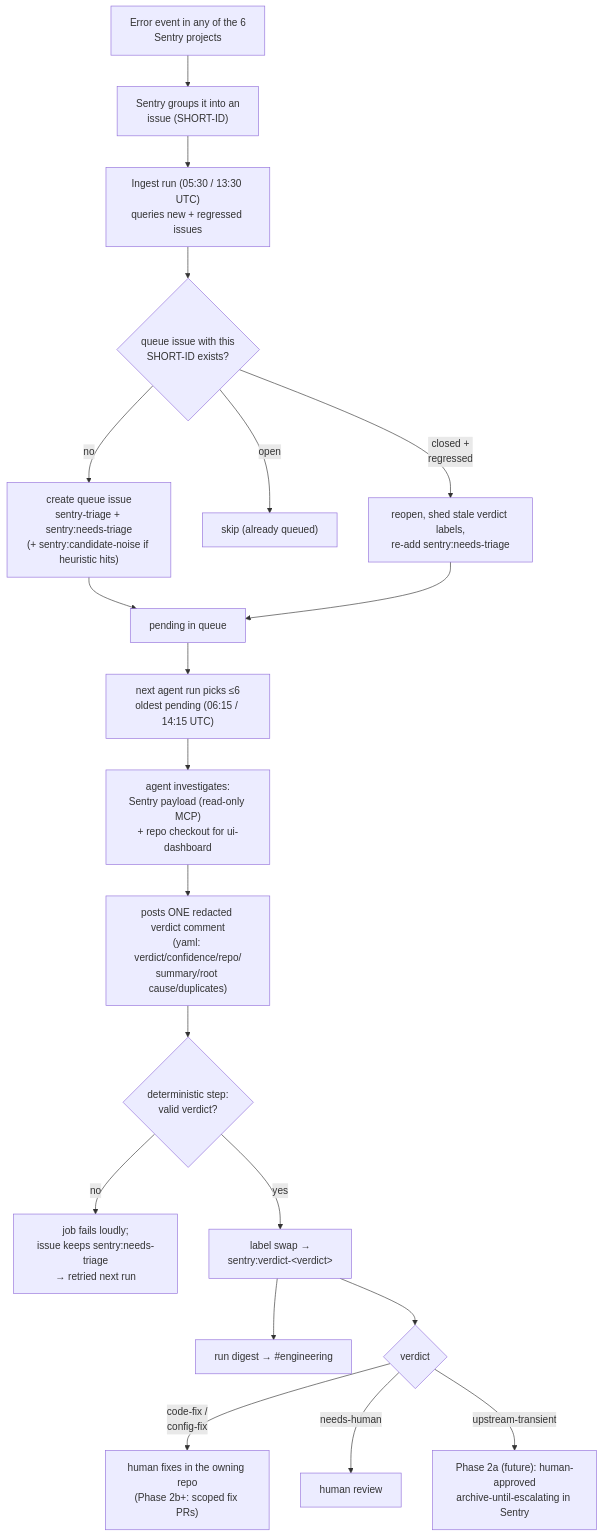
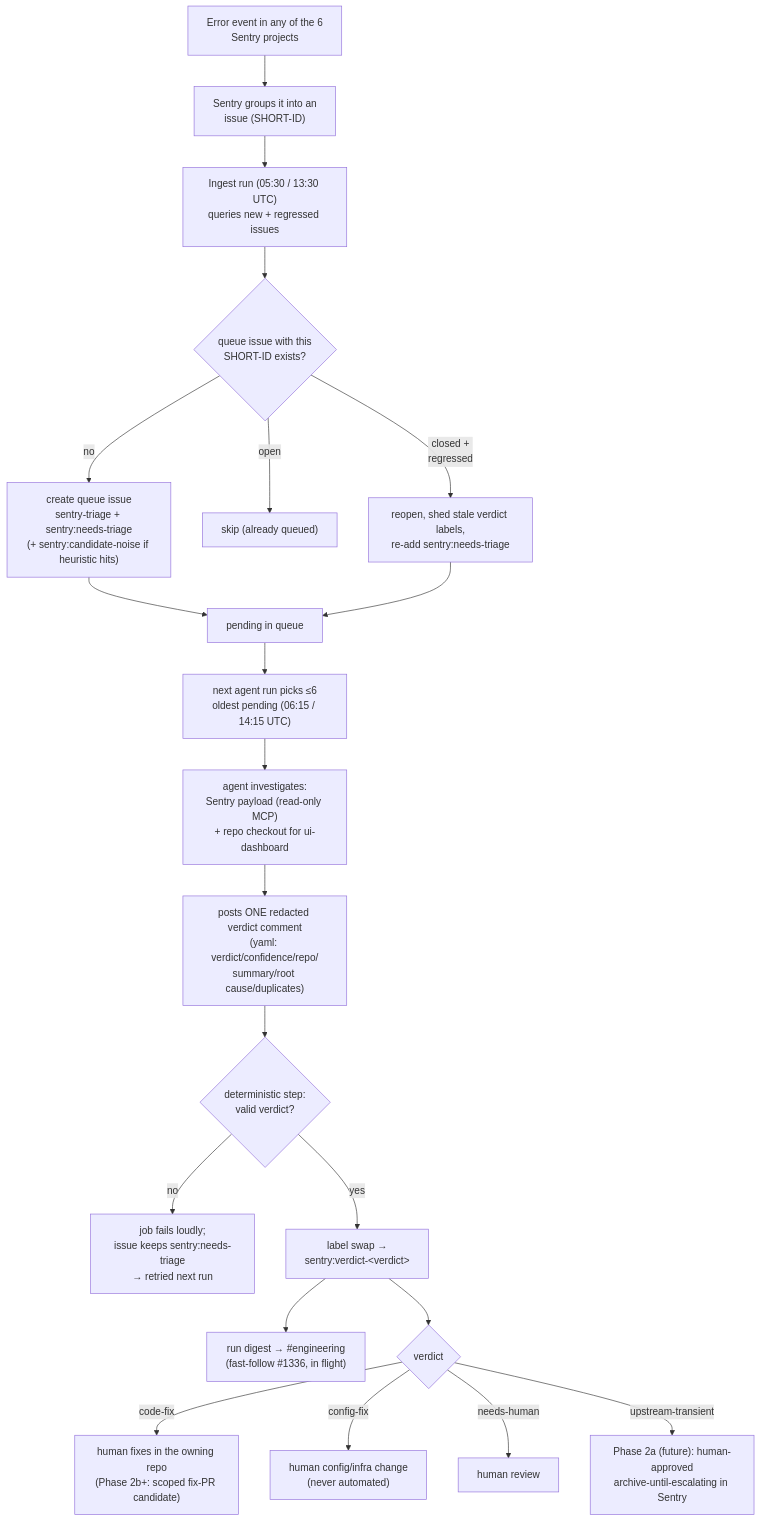
The second of 2 diagrams in docs/notes/sentry-triage-pipeline.md (mento-protocol/monitoring-monorepo), drawn with Mermaid before and after one commit. The commit also changed other lines of this file, not shown here.

Commit message:
docs: mark digest as in-flight fast-follow; split config-fix route
The digest node now names #1336 explicitly so operators don't expect a
Slack digest before it ships; the process-flow routes config-fix to a
human-only path, matching the verdict contract (only code-fix is a
Phase-2b scoped-fix-PR candidate).

Claude-Session: https://claude.ai/code/session_01CiUreX7DKuRKiHQT6HkY4z

````diff
--- a/docs/notes/sentry-triage-pipeline.md
+++ b/docs/notes/sentry-triage-pipeline.md
@@ -77,22 +77,23 @@
 ```mermaid
 flowchart TD
     EV["Error event in any of the 6<br/>Sentry projects"] --> GRP["Sentry groups it into an<br/>issue (SHORT-ID)"]
     GRP --> POLL["Ingest run (05:30 / 13:30 UTC)<br/>queries new + regressed issues"]
     POLL --> KNOWN{"queue issue with this<br/>SHORT-ID exists?"}
     KNOWN -- "no" --> CREATE["create queue issue<br/>sentry-triage + sentry:needs-triage<br/>(+ sentry:candidate-noise if heuristic hits)"]
     KNOWN -- "open" --> SKIP["skip (already queued)"]
     KNOWN -- "closed +<br/>regressed" --> REOPEN["reopen, shed stale verdict labels,<br/>re-add sentry:needs-triage"]
     CREATE --> PEND["pending in queue"]
     REOPEN --> PEND
     PEND --> BATCH["next agent run picks ≤6<br/>oldest pending (06:15 / 14:15 UTC)"]
     BATCH --> INV["agent investigates:<br/>Sentry payload (read-only MCP)<br/>+ repo checkout for ui-dashboard"]
     INV --> VC["posts ONE redacted verdict comment<br/>(yaml: verdict/confidence/repo/<br/>summary/root cause/duplicates)"]
     VC --> VALID{"deterministic step:<br/>valid verdict?"}
     VALID -- "no" --> FAIL["job fails loudly;<br/>issue keeps sentry:needs-triage<br/>→ retried next run"]
     VALID -- "yes" --> SWAP["label swap →<br/>sentry:verdict-&lt;verdict&gt;"]
-    SWAP --> DIGEST["run digest → #engineering"]
+    SWAP --> DIGEST["run digest → #engineering<br/>(fast-follow #1336, in flight)"]
     SWAP --> ROUTE{"verdict"}
-    ROUTE -- "code-fix /<br/>config-fix" --> OWN["human fixes in the owning repo<br/>(Phase 2b+: scoped fix PRs)"]
+    ROUTE -- "code-fix" --> OWN["human fixes in the owning repo<br/>(Phase 2b+: scoped fix-PR candidate)"]
+    ROUTE -- "config-fix" --> CFG["human config/infra change<br/>(never automated)"]
     ROUTE -- "needs-human" --> REV["human review"]
     ROUTE -- "upstream-transient" --> ARCH["Phase 2a (future): human-approved<br/>archive-until-escalating in Sentry"]
 ```
````
